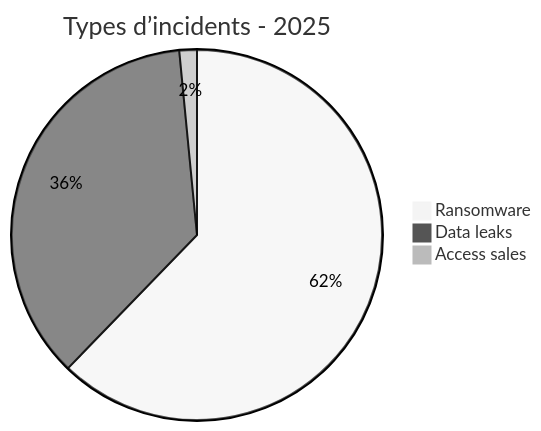
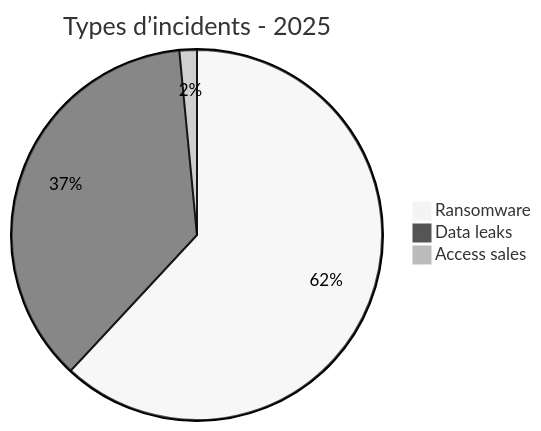
Before and after one commit to Hatchepsoute/AFRINTEL: the second of 7 diagrams in CyberAttackAfrica/2025/README.md, drawn with Mermaid (neutral theme). The commit also changed other lines of this file and 112 other files, not shown here.

````diff
--- a/CyberAttackAfrica/2025/README.md
+++ b/CyberAttackAfrica/2025/README.md
@@ -81,7 +85,7 @@
 ```mermaid
 pie
     title Types d’incidents - 2025
     "Ransomware" : 122
-    "Data leaks" : 71
+    "Data leaks" : 72
     "Access sales" : 3
 ```
````
